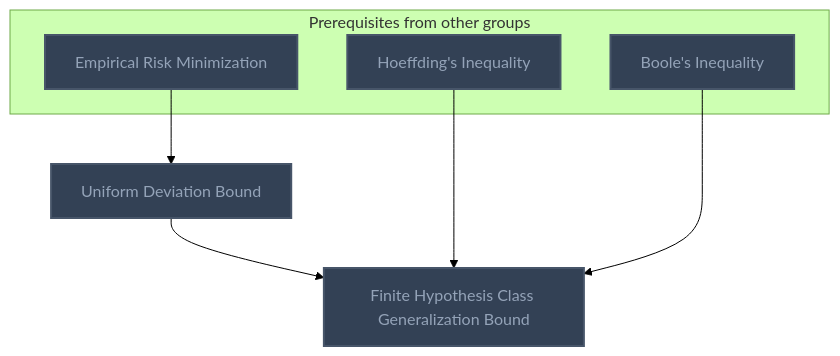
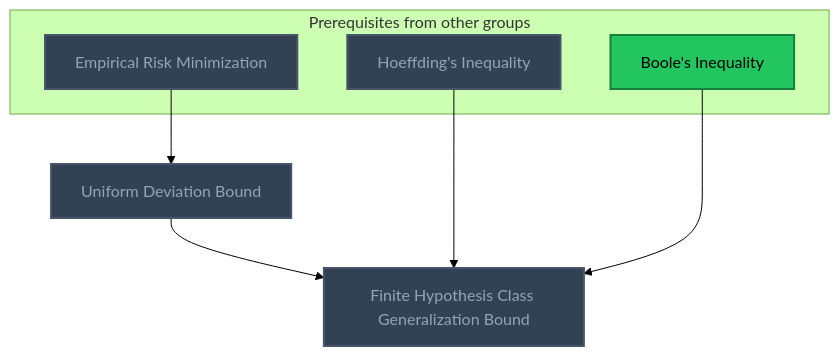
The ninth of 9 diagrams in Gamification/Skill Trees/Machine Learning.md (MRauf1/My-Notes), drawn with Mermaid (forest theme) before and after one commit. The commit also changed other lines of this file and 42 other files, not shown here.

````diff
--- a/Gamification/Skill Trees/Machine Learning.md
+++ b/Gamification/Skill Trees/Machine Learning.md
@@ -408,25 +412,26 @@
 ```mermaid
 flowchart TD
     classDef planned fill:#1E293B,stroke:#64748B,stroke-width:2px,stroke-dasharray:5 5,color:#94A3B8;
     classDef locked fill:#334155,stroke:#475569,stroke-width:2px,color:#94A3B8;
     classDef L0 fill:#F1F5F9,stroke:#94A3B8,stroke-width:2px,color:#000000;
     classDef L1 fill:#22C55E,stroke:#15803D,stroke-width:2px,color:#000000;
     classDef L2 fill:#3B82F6,stroke:#1D4ED8,stroke-width:3px,color:#FFFFFF;
     classDef L3 fill:#A855F7,stroke:#6B21A8,stroke-width:3px,color:#FFFFFF,font-weight:bold;
     classDef L4 fill:#F97316,stroke:#C2410C,stroke-width:4px,color:#000000,font-weight:bold;
     classDef L5 fill:#FFD700,stroke:#FF8C00,stroke-width:5px,color:#000000,font-weight:bold;
     classDef rusty stroke:#8B4513,stroke-width:4px,stroke-dasharray:3 3;
     subgraph sg_prereqs["Prerequisites from other groups"]
         n_empirical_risk_minimization["Empirical Risk Minimization"]
         n_hoeffding_s_inequality["Hoeffding's Inequality"]
         n_boole_s_inequality["Boole's Inequality"]
     end
     n_uniform_deviation_bound["Uniform Deviation Bound"]
     n_finite_hypothesis_class_generalization_bound["Finite Hypothesis Class Generalization Bound"]
     n_empirical_risk_minimization --> n_uniform_deviation_bound
     n_uniform_deviation_bound --> n_finite_hypothesis_class_generalization_bound
     n_hoeffding_s_inequality --> n_finite_hypothesis_class_generalization_bound
     n_boole_s_inequality --> n_finite_hypothesis_class_generalization_bound
-    class n_empirical_risk_minimization,n_hoeffding_s_inequality,n_boole_s_inequality,n_uniform_deviation_bound,n_finite_hypothesis_class_generalization_bound locked;
+    class n_empirical_risk_minimization,n_hoeffding_s_inequality,n_uniform_deviation_bound,n_finite_hypothesis_class_generalization_bound locked;
+    class n_boole_s_inequality L1;
     class n_empirical_risk_minimization,n_hoeffding_s_inequality,n_boole_s_inequality,n_uniform_deviation_bound,n_finite_hypothesis_class_generalization_bound internal-link;
 ```
````
